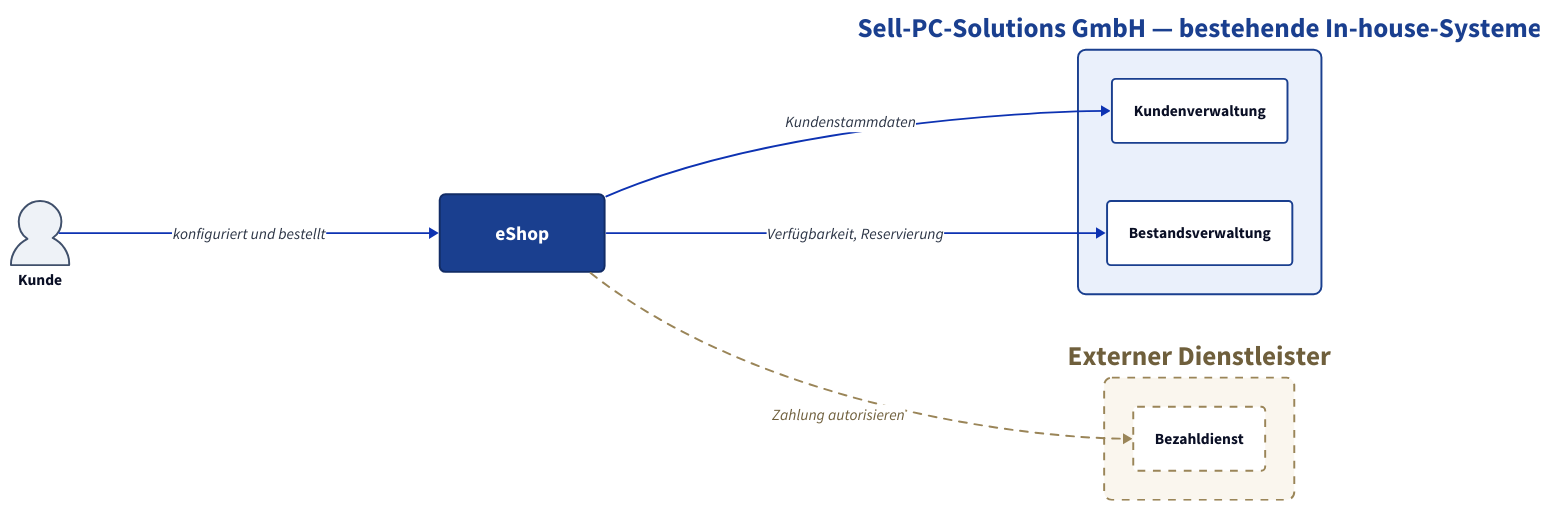
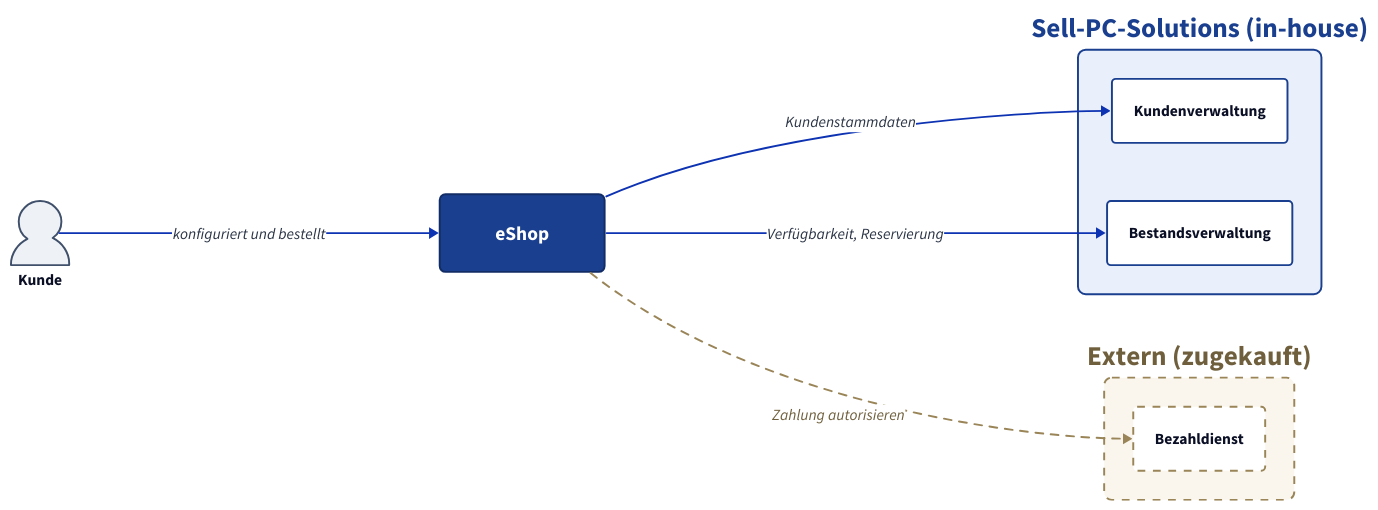
Before and after one commit to whiskey/arc42-schulung: the diagram in eshop/diagrams/03-kontext.d2, drawn with D2. The commit also changed 10 other files, not shown here.

```diff
--- a/eshop/diagrams/03-kontext.d2
+++ b/eshop/diagrams/03-kontext.d2
@@ -1,98 +1,98 @@
 # Fachlicher Kontext des eShop  --  arc42 Kapitel 3
 #
 # Rendern:
 #   d2 --theme 0 --pad 20 eshop/diagrams/03-kontext.d2 eshop/diagrams/03-kontext.svg
 #
 # Die Nachbarn sind bewusst als Blackbox gezeichnet: für die Kontextabgrenzung
 # zählt nur, DASS der eShop mit ihnen fachlich austauscht, nicht wie sie innen
 # aufgebaut sind.
 #
 # Die Rahmen trennen die Eigentumsverhältnisse: die beiden Bestandssysteme
 # gehören Sell-PC-Solutions selbst und werden weiterbenutzt, der Bezahldienst
 # ist zugekauft und damit nicht beeinflussbar.
 
 direction: right
 
 kunde: Kunde {
   shape: person
   style.fill: "#eef2f7"
   style.stroke: "#40506b"
 }
 
 eshop: eShop {
   shape: rectangle
   width: 170
   height: 80
   style: {
     fill: "#1a3f8f"
     stroke: "#122c66"
     stroke-width: 2
     font-color: "#ffffff"
     font-size: 20
     bold: true
     border-radius: 6
   }
 }
 
-inhouse: "Sell-PC-Solutions GmbH — bestehende In-house-Systeme" {
+inhouse: "Sell-PC-Solutions (in-house)" {
   style: {
     fill: "#eaf0fb"
     stroke: "#1a3f8f"
     stroke-width: 2
     border-radius: 8
     font-color: "#1a3f8f"
     bold: true
   }
 
   kundenverwaltung: Kundenverwaltung {
     shape: rectangle
     style.fill: "#ffffff"
     style.stroke: "#1a3f8f"
     style.stroke-width: 2
     style.border-radius: 4
   }
 
   bestandsverwaltung: Bestandsverwaltung {
     shape: rectangle
     style.fill: "#ffffff"
     style.stroke: "#1a3f8f"
     style.stroke-width: 2
     style.border-radius: 4
   }
 }
 
-extern: "Externer Dienstleister" {
+extern: "Extern (zugekauft)" {
   style: {
     fill: "#faf6ee"
     stroke: "#9a8558"
     stroke-width: 2
     stroke-dash: 4
     border-radius: 8
     font-color: "#6f5f3c"
     bold: true
   }
 
   bezahldienst: Bezahldienst {
     shape: rectangle
     style.fill: "#ffffff"
     style.stroke: "#9a8558"
     style.stroke-width: 2
     style.stroke-dash: 4
     style.border-radius: 4
   }
 }
 
 kunde -> eshop: konfiguriert und bestellt {
   style.font-color: "#2b3445"
 }
 eshop -> inhouse.kundenverwaltung: Kundenstammdaten {
   style.font-color: "#2b3445"
 }
 eshop -> inhouse.bestandsverwaltung: Verfügbarkeit, Reservierung {
   style.font-color: "#2b3445"
 }
 eshop -> extern.bezahldienst: Zahlung autorisieren {
   style.font-color: "#6f5f3c"
   style.stroke: "#9a8558"
   style.stroke-dash: 4
 }
```
